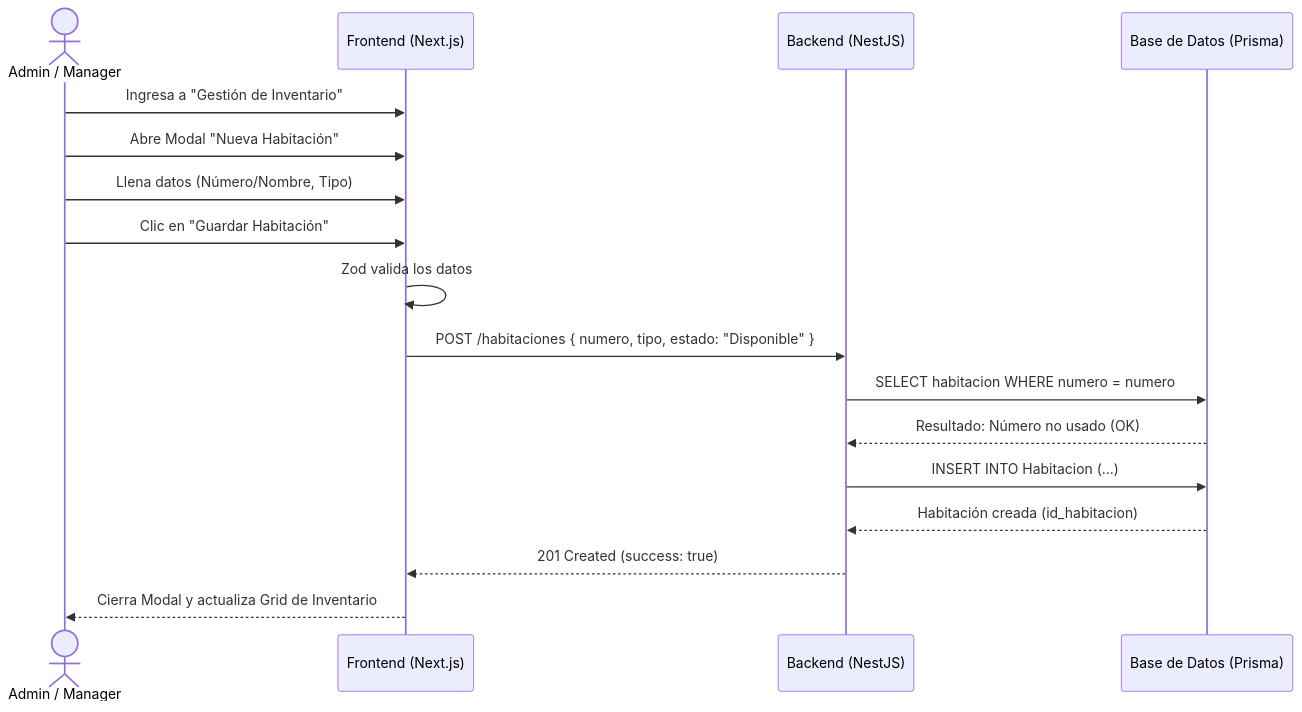
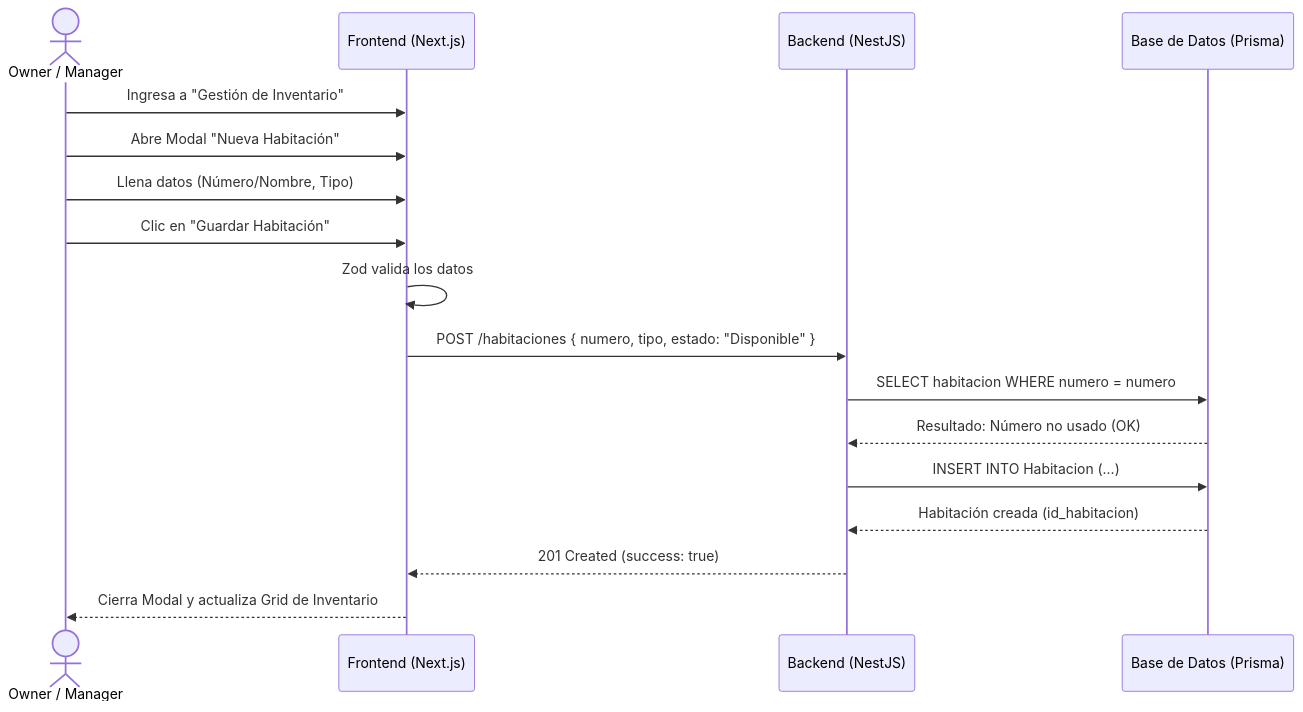
The second of 4 diagrams in docs/DIAGRAMAS_2.md (esteban-abanto-2709/UTP-CursoIntegrador-HotelManagement), drawn with Mermaid before and after one commit. The commit also changed other lines of this file and 11 other files, not shown here.

Commit message:
refactor(roles): update user roles from ADMIN to OWNER in documentation, API requests, and frontend components for consistency across the application

````diff
--- a/docs/DIAGRAMAS_2.md
+++ b/docs/DIAGRAMAS_2.md
@@ -50,24 +50,24 @@
 ```mermaid
 sequenceDiagram
-    actor A as Admin / Manager
+    actor A as Owner / Manager
     participant FE as Frontend (Next.js)
     participant API as Backend (NestJS)
     participant DB as Base de Datos (Prisma)
 
     A->>FE: Ingresa a "Gestión de Inventario"
     A->>FE: Abre Modal "Nueva Habitación"
     A->>FE: Llena datos (Número/Nombre, Tipo)
     A->>FE: Clic en "Guardar Habitación"
     
     FE->>FE: Zod valida los datos
     FE->>API: POST /habitaciones { numero, tipo, estado: "Disponible" }
     
     API->>DB: SELECT habitacion WHERE numero = numero
     DB-->>API: Resultado: Número no usado (OK)
     
     API->>DB: INSERT INTO Habitacion (...)
     DB-->>API: Habitación creada (id_habitacion)
     
     API-->>FE: 201 Created (success: true)
     FE-->>A: Cierra Modal y actualiza Grid de Inventario
 ```
````
